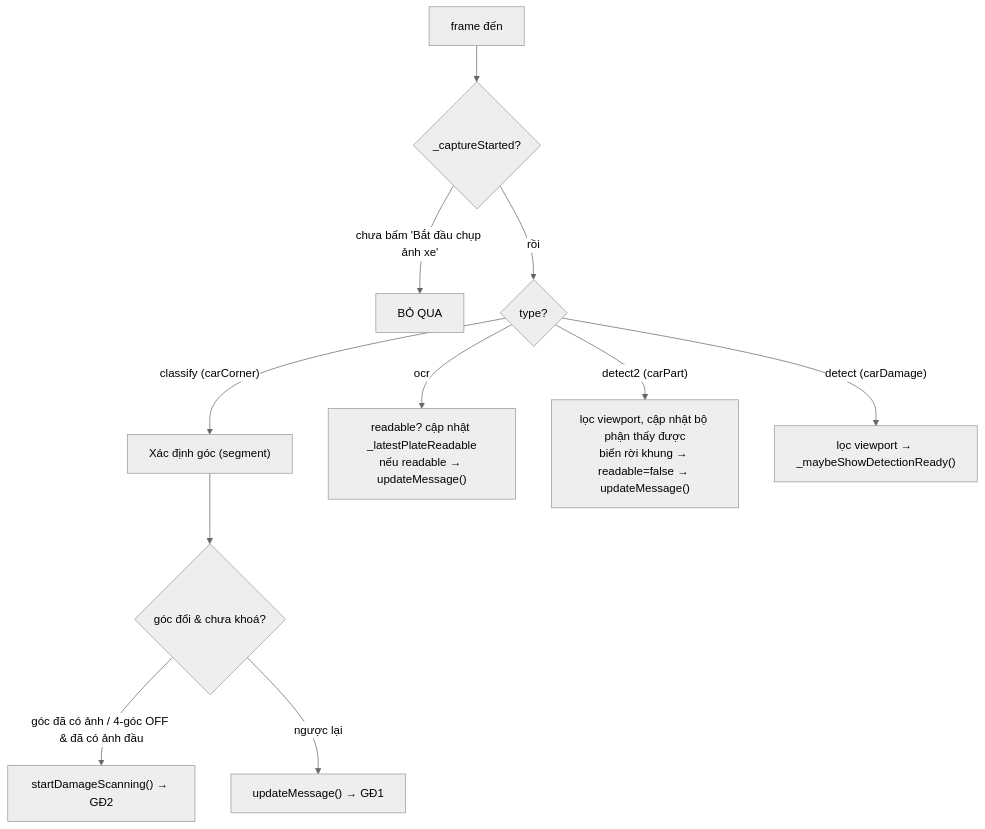
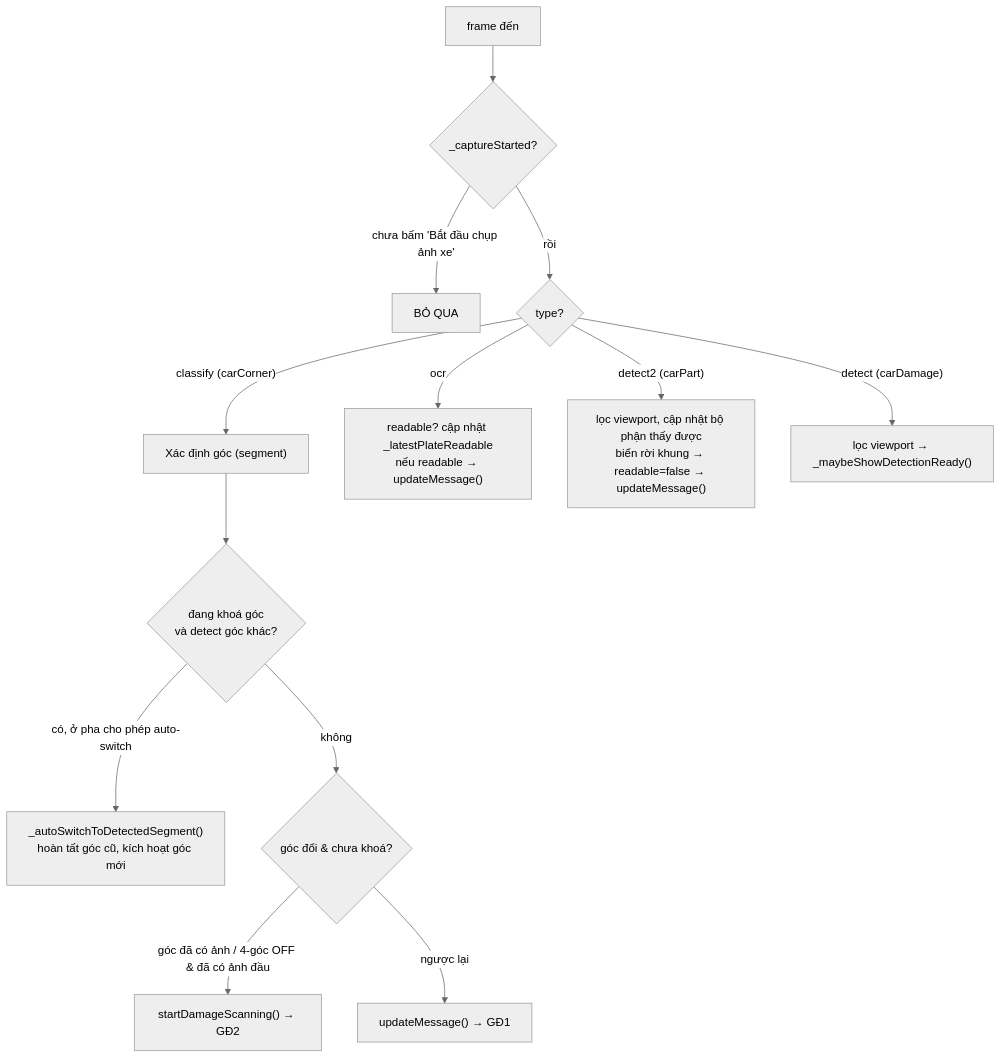
One commit to Aicycle-Insurance/aicycle_on_device changed the fourth of 9 diagrams in CAMERA_CONTROLLER.md. Above: the diagram before and after it, drawn with Mermaid (neutral theme). The commit also changed other lines of this file and 7 other files, not shown here.

Commit message:
feat: enhance camera inspection flow with automatic angle switching and improved tooltip messages

````diff
--- a/CAMERA_CONTROLLER.md
+++ b/CAMERA_CONTROLLER.md
@@ -96,17 +96,19 @@
 ```mermaid
 flowchart TD
     F["frame đến"] --> G{"_captureStarted?"}
     G -->|"chưa bấm 'Bắt đầu chụp ảnh xe'"| SKIP["BỎ QUA"]
     G -->|rồi| T{"type?"}
 
     T -->|"classify (carCorner)"| C["Xác định góc (segment)"]
-    C --> C1{"góc đổi & chưa khoá?"}
+    C --> C0{"đang khoá góc<br/>và detect góc khác?"}
+    C0 -->|"có, ở pha cho phép auto-switch"| C4["_autoSwitchToDetectedSegment()<br/>hoàn tất góc cũ, kích hoạt góc mới"]
+    C0 -->|"không"| C1{"góc đổi & chưa khoá?"}
     C1 -->|"góc đã có ảnh / 4-góc OFF & đã có ảnh đầu"| C2["startDamageScanning() → GĐ2"]
     C1 -->|"ngược lại"| C3["updateMessage() → GĐ1"]
 
     T -->|ocr| O["readable? cập nhật _latestPlateReadable<br/>nếu readable → updateMessage()"]
 
     T -->|"detect2 (carPart)"| P["lọc viewport, cập nhật bộ phận thấy được<br/>biển rời khung → readable=false → updateMessage()"]
 
     T -->|"detect (carDamage)"| D["lọc viewport → _maybeShowDetectionReady()"]
 ```
````
